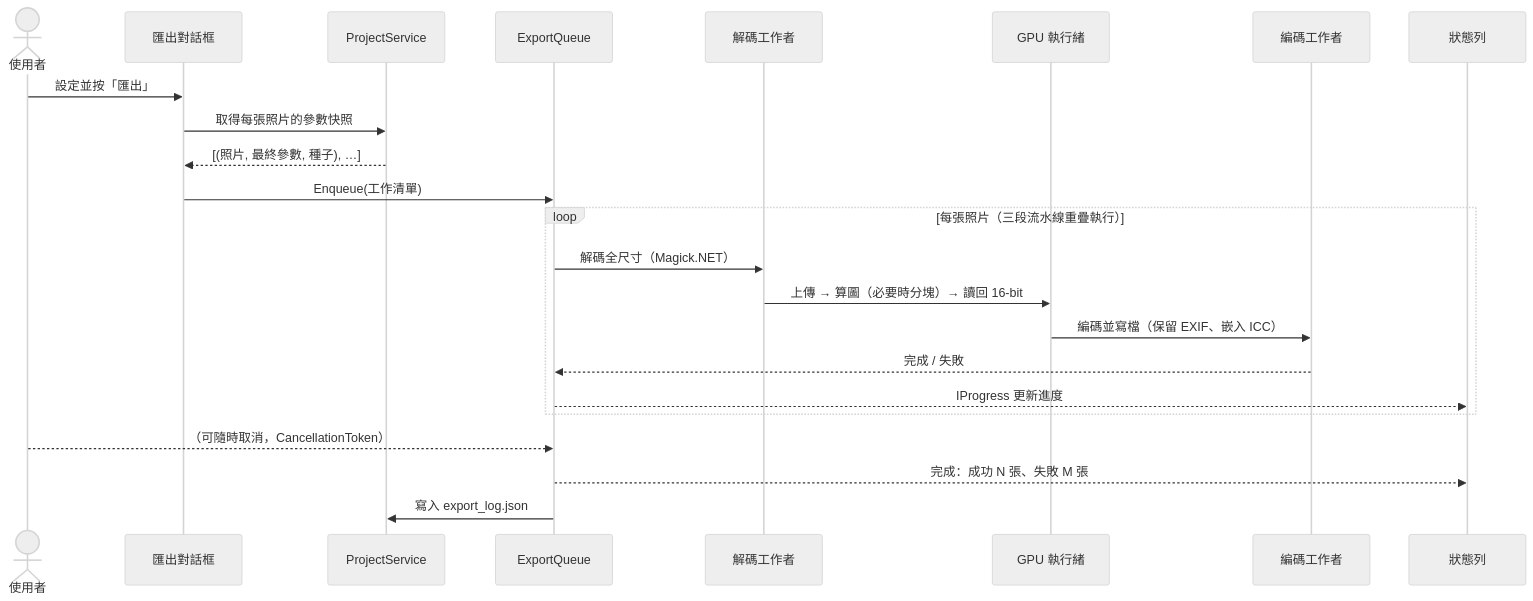
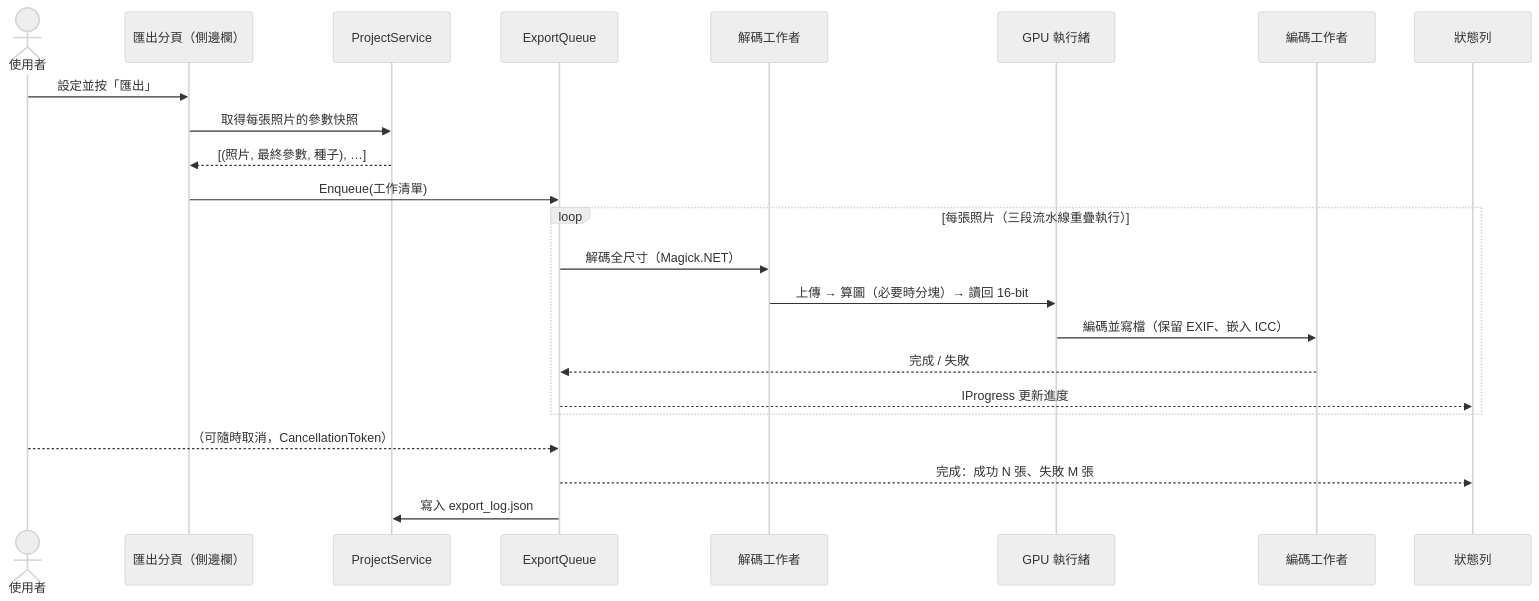
One commit to minexo79/FilmBatch changed diagram 22 of 24 in plan.md. Above: the diagram before and after it, drawn with Mermaid (neutral theme). The commit also changed other lines of this file, not shown here.

````diff
--- a/plan.md
+++ b/plan.md
@@ -1667,26 +1740,26 @@
 ```mermaid
 sequenceDiagram
     actor U as 使用者
-    participant D as 匯出對話框
+    participant D as 匯出分頁（側邊欄）
     participant S as ProjectService
     participant Q as ExportQueue
     participant L as 解碼工作者
     participant G as GPU 執行緒
     participant W as 編碼工作者
     participant B as 狀態列
 
     U->>D: 設定並按「匯出」
     D->>S: 取得每張照片的參數快照
     S-->>D: [(照片, 最終參數, 種子), …]
     D->>Q: Enqueue(工作清單)
     loop 每張照片（三段流水線重疊執行）
         Q->>L: 解碼全尺寸（Magick.NET）
         L->>G: 上傳 → 算圖（必要時分塊）→ 讀回 16-bit
         G->>W: 編碼並寫檔（保留 EXIF、嵌入 ICC）
         W-->>Q: 完成 / 失敗
         Q-->>B: IProgress 更新進度
     end
     U-->>Q: （可隨時取消，CancellationToken）
     Q-->>B: 完成：成功 N 張、失敗 M 張
     Q->>S: 寫入 export_log.json
 ```
````
